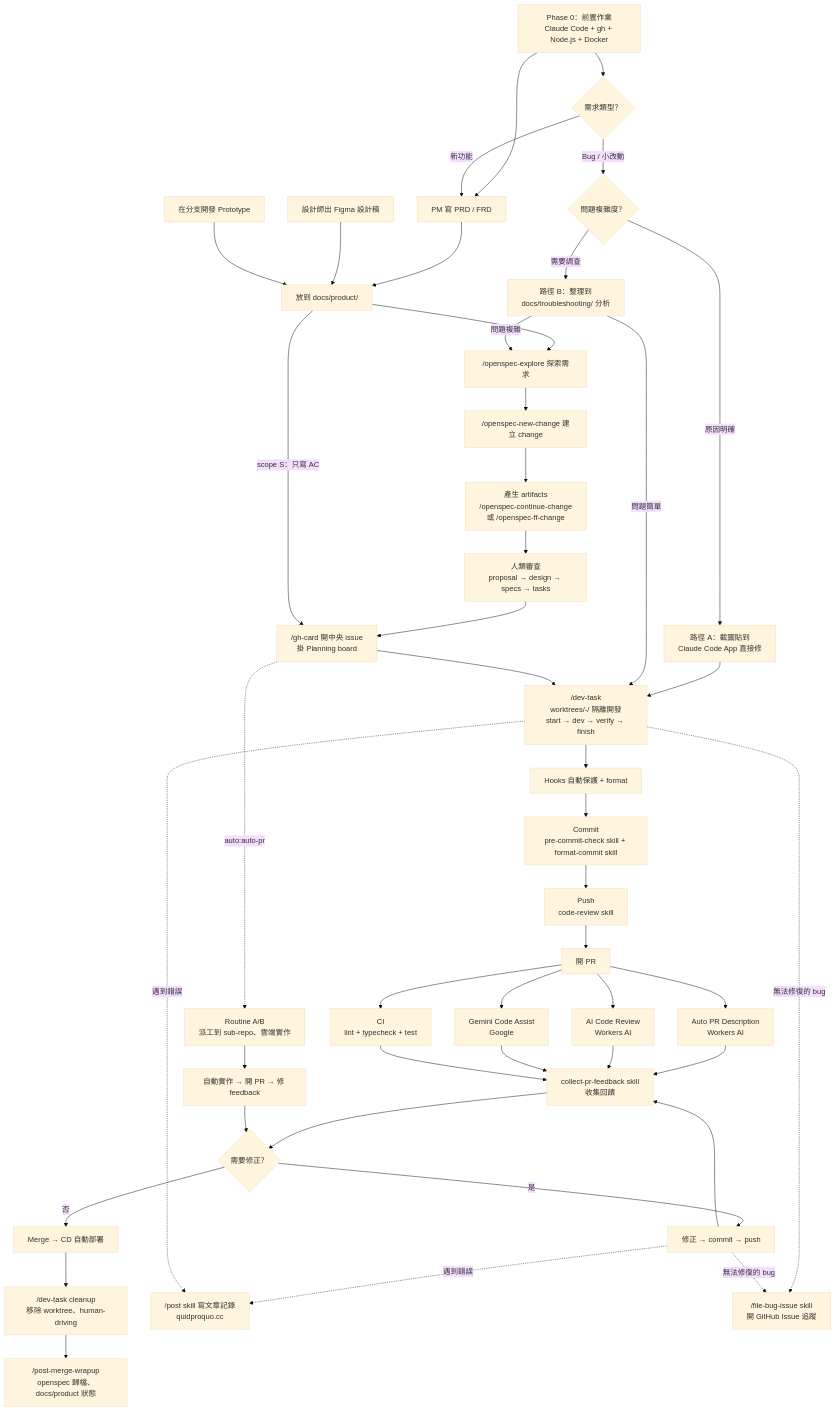
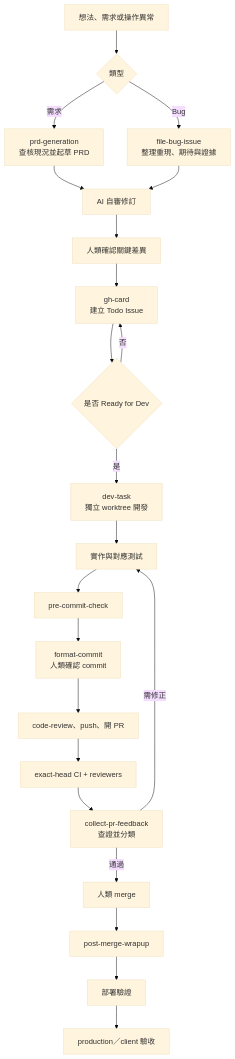
Before and after one commit to daodaoedu/daodao: the diagram in docs/workflow.md, drawn with Mermaid (base theme). The commit also changed other lines of this file, not shown here.

````diff
--- a/docs/workflow.md
+++ b/docs/workflow.md
@@ -19,49 +40,24 @@
 ```mermaid
 flowchart TD
-    A0["Phase 0：前置作業<br/>Claude Code + gh + Node.js + Docker"] --> A1
-    A0 --> BUG{"需求類型？"}
-
-    BUG -- "新功能" --> A1
-    A1[PM 寫 PRD / FRD] --> A4[放到 docs/product/]
-    A2[設計師出 Figma 設計稿] --> A4
-    A3[在分支開發 Prototype] --> A4
-    A4 --> B["/openspec-explore 探索需求"]
-
-    BUG -- "Bug / 小改動" --> BUGPATH{"問題複雜度？"}
-    BUGPATH -- "原因明確" --> BUGA["路徑 A：截圖貼到<br/>Claude Code App 直接修"]
-    BUGA --> F
-    BUGPATH -- "需要調查" --> BUGB["路徑 B：整理到<br/>docs/troubleshooting/ 分析"]
-    BUGB -- "問題簡單" --> F
-    BUGB -- "問題複雜" --> B
-    B --> C["/openspec-new-change 建立 change"]
-    C --> D["產生 artifacts<br/>/openspec-continue-change<br/>或 /openspec-ff-change"]
-    D --> E["人類審查<br/>proposal → design → specs → tasks"]
-    E --> E2["/gh-card 開中央 issue<br/>掛 Planning board"]
-    A4 -- "scope S：只寫 AC" --> E2
-    E2 --> F["/dev-task<br/>worktrees/<n>-<slug>/ 隔離開發<br/>start → dev → verify → finish"]
-    F --> G["Hooks 自動保護 + format"]
-    G --> H["Commit<br/>pre-commit-check skill + format-commit skill"]
-    H --> I["Push<br/>code-review skill"]
-    I --> J[開 PR]
-
-    J --> K["Auto PR Description<br/>Workers AI"]
-    J --> L["AI Code Review<br/>Workers AI"]
-    J --> M["Gemini Code Assist<br/>Google"]
-    J --> N["CI<br/>lint + typecheck + test"]
-
-    K & L & M & N --> O["collect-pr-feedback skill<br/>收集回饋"]
-    O --> P{需要修正？}
-    P -- 是 --> Q[修正 → commit → push] --> O
-    P -- 否 --> R[Merge → CD 自動部署]
-    R --> S["/dev-task cleanup<br/>移除 worktree、human-driving"]
-    S --> T["/post-merge-wrapup<br/>openspec 歸檔、docs/product 狀態"]
-
-    Q -. 遇到錯誤 .-> U["/post skill 寫文章記錄<br/>quidproquo.cc"]
-    F -. 遇到錯誤 .-> U
-    F -. 無法修復的 bug .-> Y["/file-bug-issue skill<br/>開 GitHub Issue 追蹤"]
-    Q -. 無法修復的 bug .-> Y
-
-    E2 -. "auto:auto-pr" .-> W["Routine A/B<br/>派工到 sub-repo、雲端實作"]
-    W --> X["自動實作 → 開 PR → 修 feedback"]
-    X --> P
+    A[想法、需求或操作異常] --> B{類型}
+    B -->|需求| C[prd-generation<br/>查核現況並起草 PRD]
+    B -->|Bug| D[file-bug-issue<br/>整理重現、期待與證據]
+    C --> E[AI 自審修訂]
+    D --> E
+    E --> F[人類確認關鍵差異]
+    F --> G[gh-card<br/>建立 Todo Issue]
+    G --> H{是否 Ready for Dev}
+    H -->|否| G
+    H -->|是| I[dev-task<br/>獨立 worktree 開發]
+    I --> J[實作與對應測試]
+    J --> K[pre-commit-check]
+    K --> L[format-commit<br/>人類確認 commit]
+    L --> M[code-review、push、開 PR]
+    M --> N[exact-head CI + reviewers]
+    N --> O[collect-pr-feedback<br/>查證並分類]
+    O -->|需修正| J
+    O -->|通過| P[人類 merge]
+    P --> Q[post-merge-wrapup]
+    Q --> R[部署驗證]
+    R --> S[production／client 驗收]
 ```
````
